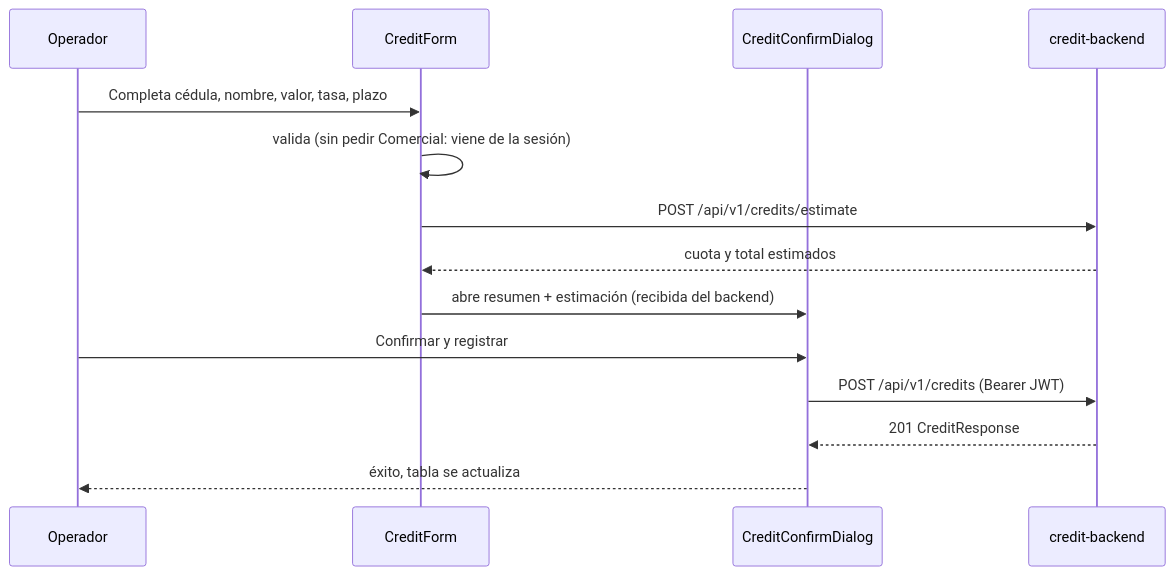
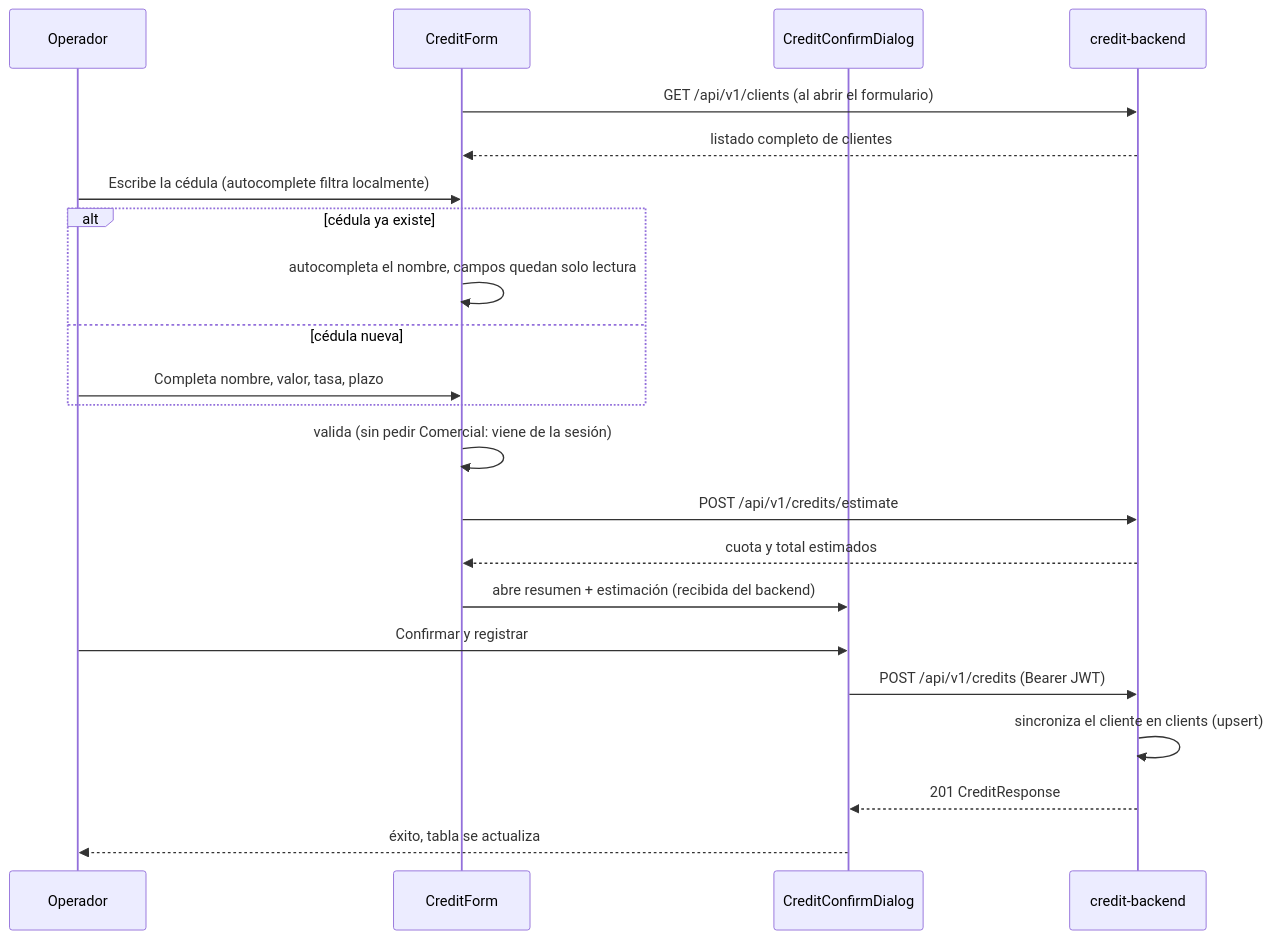
One commit to CarlosPolo019/credit-web changed the second of 3 diagrams in README.md. Above: the diagram before and after it, drawn with Mermaid. The commit also changed other lines of this file and 1 other file, not shown here.

````diff
--- a/README.md
+++ b/README.md
@@ -47,16 +47,24 @@
 ```mermaid
 sequenceDiagram
   participant User as Operador
   participant Form as CreditForm
   participant Confirm as CreditConfirmDialog
   participant API as credit-backend
-  User->>Form: Completa cédula, nombre, valor, tasa, plazo
+  Form->>API: GET /api/v1/clients (al abrir el formulario)
+  API-->>Form: listado completo de clientes
+  User->>Form: Escribe la cédula (autocomplete filtra localmente)
+  alt cédula ya existe
+    Form->>Form: autocompleta el nombre, campos quedan solo lectura
+  else cédula nueva
+    User->>Form: Completa nombre, valor, tasa, plazo
+  end
   Form->>Form: valida (sin pedir Comercial: viene de la sesión)
   Form->>API: POST /api/v1/credits/estimate
   API-->>Form: cuota y total estimados
   Form->>Confirm: abre resumen + estimación (recibida del backend)
   User->>Confirm: Confirmar y registrar
   Confirm->>API: POST /api/v1/credits (Bearer JWT)
+  API->>API: sincroniza el cliente en clients (upsert)
   API-->>Confirm: 201 CreditResponse
   Confirm-->>User: éxito, tabla se actualiza
 ```
````
